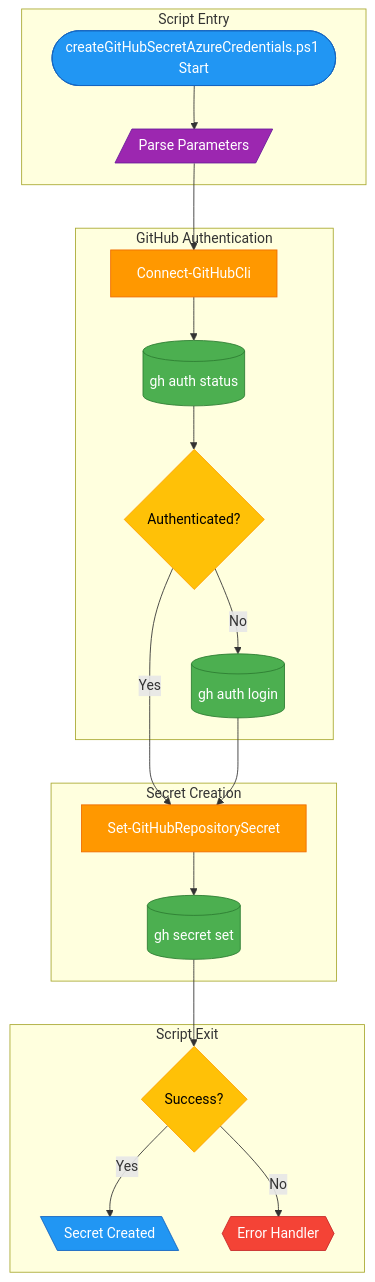
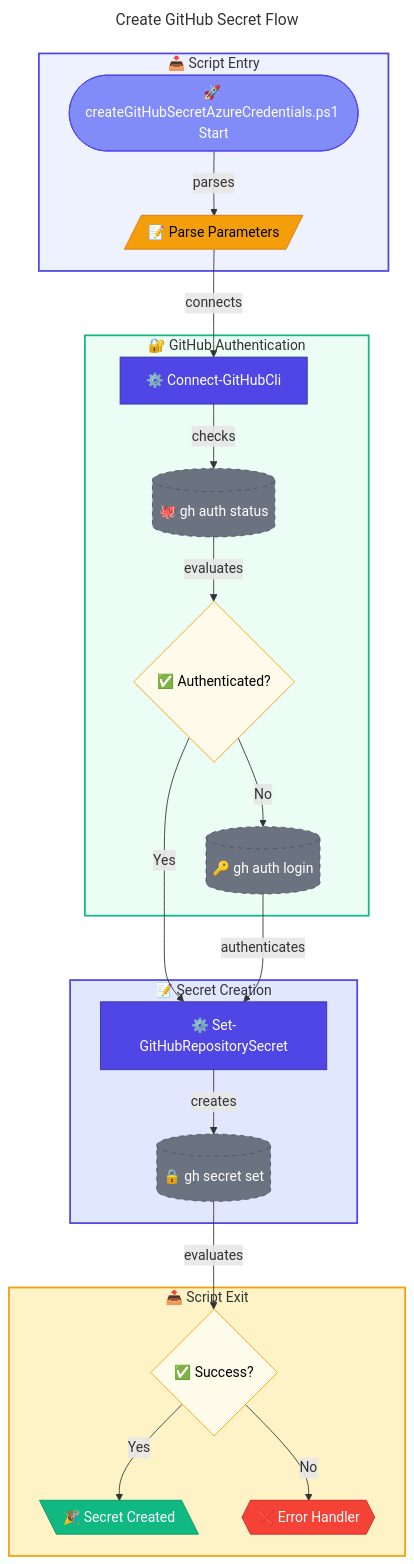
One commit to Evilazaro/DevExp-DevBox changed the diagram in docs/scripts/github/create-github-secret-azure-credentials.md. Above: the diagram before and after it, drawn with Mermaid. The commit also changed 1 other file, not shown here.

Commit message:
Enhance flow visualization documentation for createGitHubSecretAzureCredentials.ps1 and deleteGitHubSecretAzureCredentials.ps1 scripts by adding emojis, improving diagram styles, and refining connections for better clarity and navigation.

````diff
--- a/docs/scripts/github/create-github-secret-azure-credentials.md
+++ b/docs/scripts/github/create-github-secret-azure-credentials.md
@@ -63,40 +63,63 @@
 ```mermaid
+---
+title: Create GitHub Secret Flow
+---
 flowchart TD
-    subgraph Entry["Script Entry"]
-        A([createGitHubSecretAzureCredentials.ps1 Start]):::entry
-        B[/"Parse Parameters"/]:::input
+    %% ===== SCRIPT ENTRY =====
+    subgraph Entry["📥 Script Entry"]
+        A(["🚀 createGitHubSecretAzureCredentials.ps1 Start"])
+        B[/"📝 Parse Parameters"/]
     end
     
-    subgraph Auth["GitHub Authentication"]
-        C["Connect-GitHubCli"]:::core
-        D[(gh auth status)]:::external
-        E{Authenticated?}:::decision
-        F[(gh auth login)]:::external
+    %% ===== GITHUB AUTHENTICATION =====
+    subgraph Auth["🔐 GitHub Authentication"]
+        C["⚙️ Connect-GitHubCli"]
+        D[("🐙 gh auth status")]
+        E{"✅ Authenticated?"}
+        F[("🔑 gh auth login")]
     end
     
-    subgraph SecretCreation["Secret Creation"]
-        G["Set-GitHubRepositorySecret"]:::core
-        H[(gh secret set)]:::external
+    %% ===== SECRET CREATION =====
+    subgraph SecretCreation["📝 Secret Creation"]
+        G["⚙️ Set-GitHubRepositorySecret"]
+        H[("🔒 gh secret set")]
     end
     
-    subgraph Exit["Script Exit"]
-        I{Success?}:::decision
-        J[\Secret Created\]:::output
-        K{{Error Handler}}:::error
+    %% ===== SCRIPT EXIT =====
+    subgraph Exit["📤 Script Exit"]
+        I{"✅ Success?"}
+        J[\"🎉 Secret Created"\]
+        K{{"❌ Error Handler"}}
     end
     
-    A --> B --> C --> D --> E
+    %% ===== CONNECTIONS =====
+    A -->|parses| B -->|connects| C -->|checks| D -->|evaluates| E
     E -->|Yes| G
-    E -->|No| F --> G
-    G --> H --> I
+    E -->|No| F -->|authenticates| G
+    G -->|creates| H -->|evaluates| I
     I -->|Yes| J
     I -->|No| K
 
-    classDef entry fill:#2196F3,stroke:#1565C0,color:#fff
-    classDef input fill:#9C27B0,stroke:#6A1B9A,color:#fff
-    classDef core fill:#FF9800,stroke:#EF6C00,color:#fff
-    classDef external fill:#4CAF50,stroke:#2E7D32,color:#fff
-    classDef decision fill:#FFC107,stroke:#FFA000,color:#000
-    classDef output fill:#2196F3,stroke:#1565C0,color:#fff
-    classDef error fill:#F44336,stroke:#C62828,color:#fff
+    %% ===== STYLES =====
+    classDef trigger fill:#818CF8,stroke:#4F46E5,color:#FFFFFF
+    classDef input fill:#F59E0B,stroke:#D97706,color:#000000
+    classDef primary fill:#4F46E5,stroke:#3730A3,color:#FFFFFF
+    classDef external fill:#6B7280,stroke:#4B5563,color:#FFFFFF,stroke-dasharray:5 5
+    classDef decision fill:#FFFBEB,stroke:#F59E0B,color:#000000
+    classDef secondary fill:#10B981,stroke:#059669,color:#FFFFFF
+    classDef failed fill:#F44336,stroke:#C62828,color:#FFFFFF
+    
+    class A trigger
+    class B input
+    class C,G primary
+    class D,F,H external
+    class E,I decision
+    class J secondary
+    class K failed
+    
+    %% ===== SUBGRAPH STYLES =====
+    style Entry fill:#EEF2FF,stroke:#4F46E5,stroke-width:2px
+    style Auth fill:#ECFDF5,stroke:#10B981,stroke-width:2px
+    style SecretCreation fill:#E0E7FF,stroke:#4F46E5,stroke-width:2px
+    style Exit fill:#FEF3C7,stroke:#F59E0B,stroke-width:2px
 ```
````
